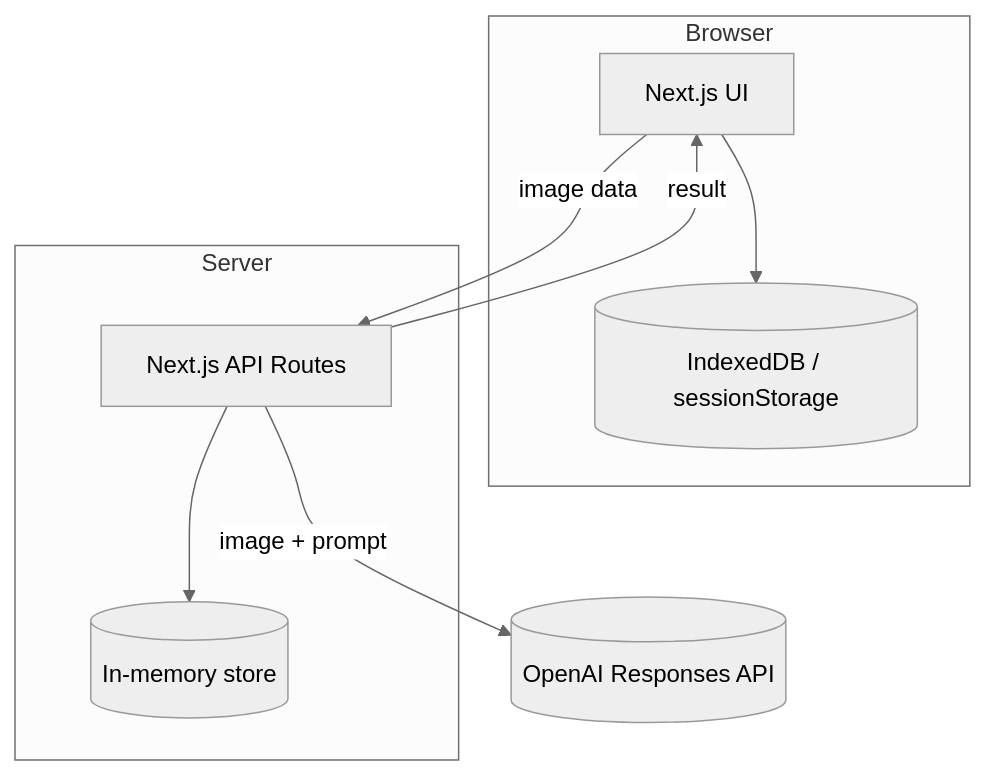
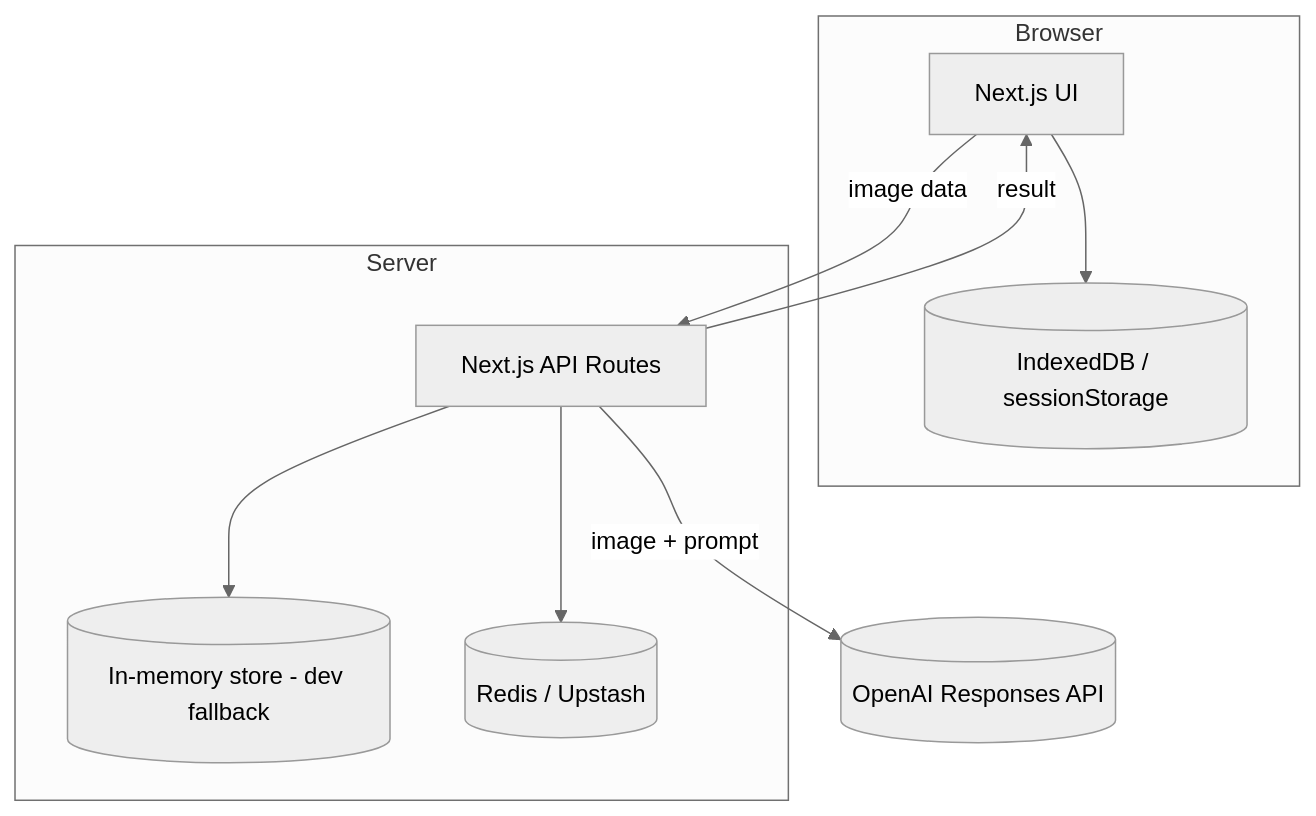
The diagram in docs/architecture/C2.md (raferbati-br/entenda-o-documento), drawn with Mermaid (neutral theme) before and after one commit. The commit also changed other lines of this file and 2 other files, not shown here.

Commit message:
docs: document redis storage

````diff
--- a/docs/architecture/C2.md
+++ b/docs/architecture/C2.md
@@ -10,18 +11,20 @@
 ```mermaid
 flowchart TB
   subgraph Browser
     UI[Next.js UI]
     Storage[(IndexedDB / sessionStorage)]
   end
 
   subgraph Server
     API[Next.js API Routes]
-    Memory[(In-memory store)]
+    Memory[(In-memory store - dev fallback)]
+    Redis[(Redis / Upstash)]
   end
 
   UI -->|image data| API
+  API --> Redis
   API --> Memory
   API -->|image + prompt| OpenAI[(OpenAI Responses API)]
   API -->|result| UI
   UI --> Storage
 ```
````
